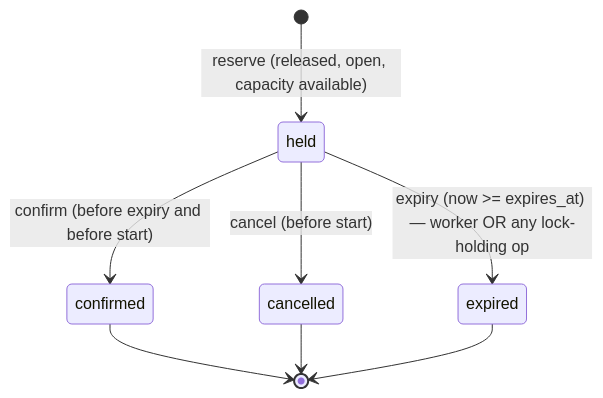
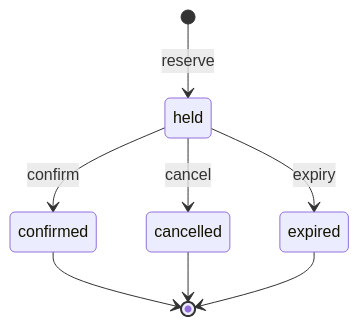
Before and after one commit to nancysworld/alloca-go: the first of 2 diagrams in docs/design/transaction-semantics.md, drawn with Mermaid. The commit also changed other lines of this file, not shown here.

First line of the commit message:
docs: fix clipped Mermaid state-diagram labels (transaction-semantics §3)

````diff
--- a/docs/design/transaction-semantics.md
+++ b/docs/design/transaction-semantics.md
@@ -196,10 +196,10 @@
 ```mermaid
 stateDiagram-v2
-    [*] --> held: reserve (released, open, capacity available)
-    held --> confirmed: confirm (before expiry and before start)
-    held --> cancelled: cancel (before start)
-    held --> expired: expiry (now >= expires_at) — worker OR any lock-holding op
+    [*] --> held: reserve
+    held --> confirmed: confirm
+    held --> cancelled: cancel
+    held --> expired: expiry
     confirmed --> [*]
     cancelled --> [*]
     expired --> [*]
 ```
````
